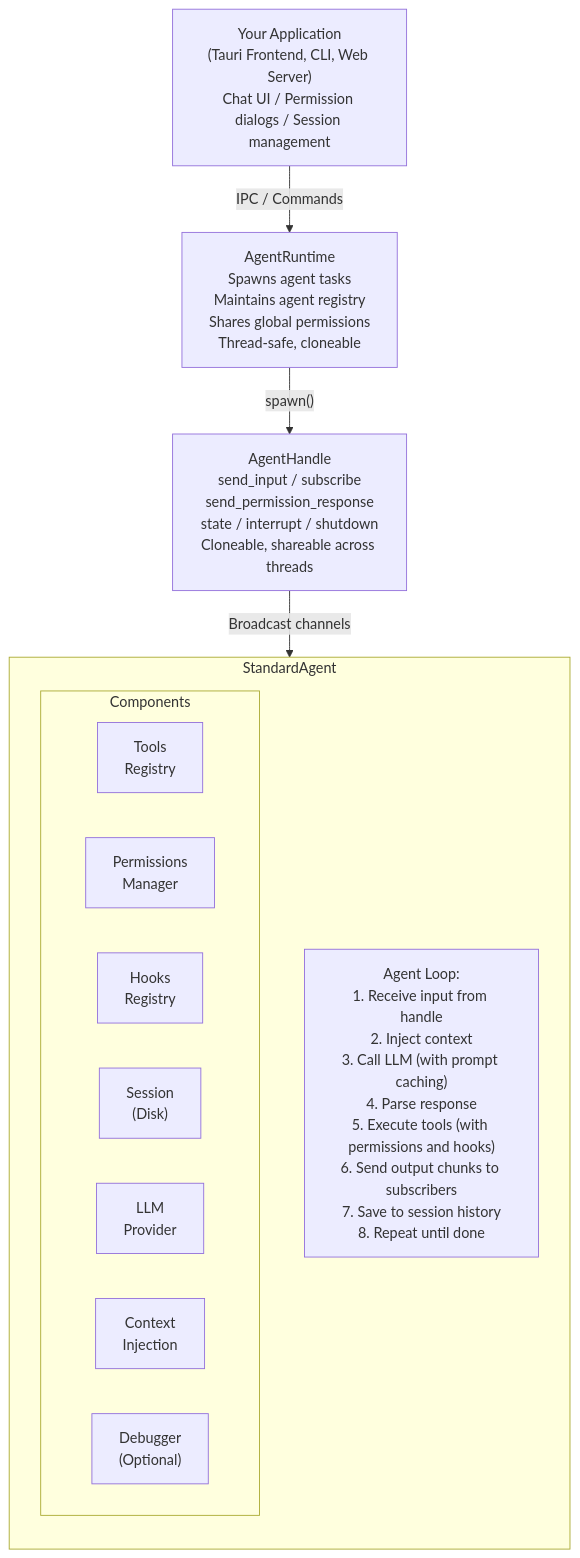
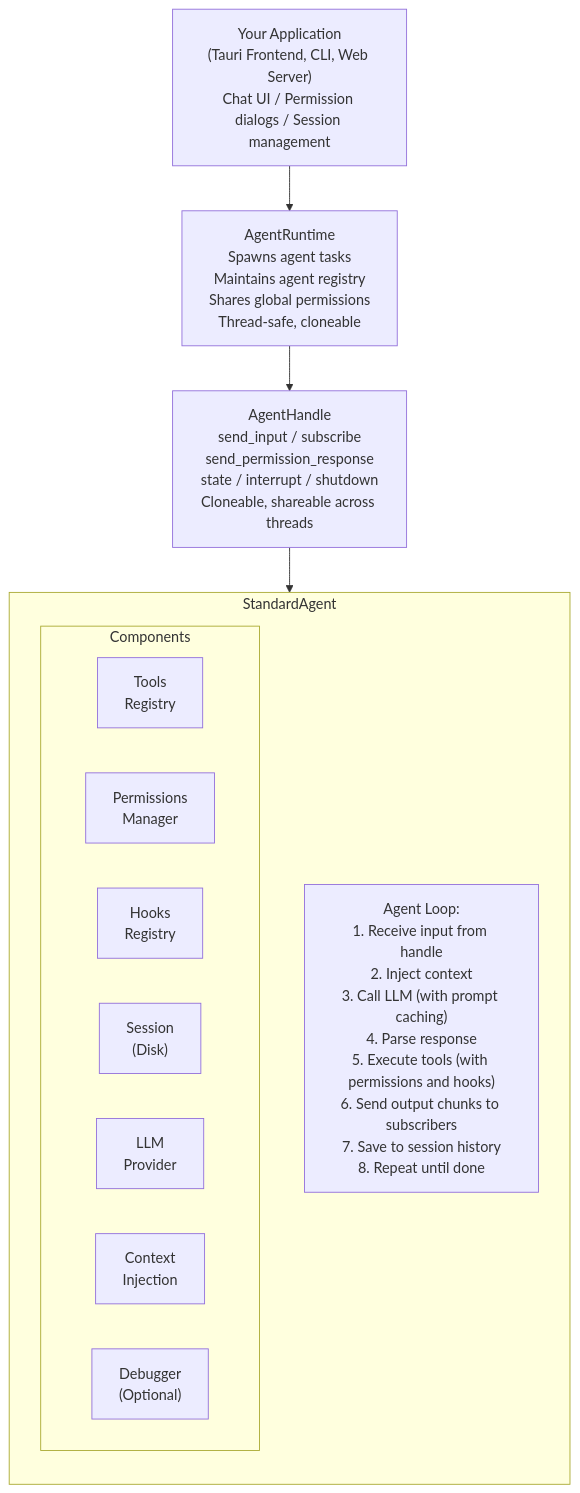
Before and after one commit to HourSense/picrust: the first of 5 diagrams in docs/concepts/architecture.mdx, drawn with Mermaid. The commit also changed other lines of this file and 9 other files, not shown here.

Commit message:
Add custom CSS for Mermaid diagrams and update documentation for improved clarity with HTML line breaks.

````diff
--- a/docs/concepts/architecture.mdx
+++ b/docs/concepts/architecture.mdx
@@ -10,29 +10,29 @@
 ```mermaid
 flowchart TB
-    App["Your Application\n(Tauri Frontend, CLI, Web Server)\nChat UI / Permission dialogs / Session management"]
+    App["Your Application<br/>(Tauri Frontend, CLI, Web Server)<br/>Chat UI / Permission dialogs / Session management"]
 
-    App -- "IPC / Commands" --> Runtime
+    App --> Runtime
 
-    Runtime["AgentRuntime\nSpawns agent tasks\nMaintains agent registry\nShares global permissions\nThread-safe, cloneable"]
+    Runtime["AgentRuntime<br/>Spawns agent tasks<br/>Maintains agent registry<br/>Shares global permissions<br/>Thread-safe, cloneable"]
 
-    Runtime -- "spawn()" --> Handle
+    Runtime --> Handle
 
-    Handle["AgentHandle\nsend_input / subscribe\nsend_permission_response\nstate / interrupt / shutdown\nCloneable, shareable across threads"]
+    Handle["AgentHandle<br/>send_input / subscribe<br/>send_permission_response<br/>state / interrupt / shutdown<br/>Cloneable, shareable across threads"]
 
-    Handle -- "Broadcast channels" --> Agent
+    Handle --> Agent
 
     subgraph Agent["StandardAgent"]
         direction TB
-        Loop["Agent Loop:\n1. Receive input from handle\n2. Inject context\n3. Call LLM (with prompt caching)\n4. Parse response\n5. Execute tools (with permissions and hooks)\n6. Send output chunks to subscribers\n7. Save to session history\n8. Repeat until done"]
+        Loop["Agent Loop:<br/>1. Receive input from handle<br/>2. Inject context<br/>3. Call LLM (with prompt caching)<br/>4. Parse response<br/>5. Execute tools (with permissions and hooks)<br/>6. Send output chunks to subscribers<br/>7. Save to session history<br/>8. Repeat until done"]
         subgraph Components
             direction LR
-            Tools["Tools\nRegistry"]
-            Perms["Permissions\nManager"]
-            Hooks["Hooks\nRegistry"]
-            Session["Session\n(Disk)"]
-            LLM["LLM\nProvider"]
-            Context["Context\nInjection"]
-            Debug["Debugger\n(Optional)"]
+            Tools["Tools<br/>Registry"]
+            Perms["Permissions<br/>Manager"]
+            Hooks["Hooks<br/>Registry"]
+            Session["Session<br/>(Disk)"]
+            LLM["LLM<br/>Provider"]
+            Context["Context<br/>Injection"]
+            Debug["Debugger<br/>(Optional)"]
         end
     end
 ```
````
